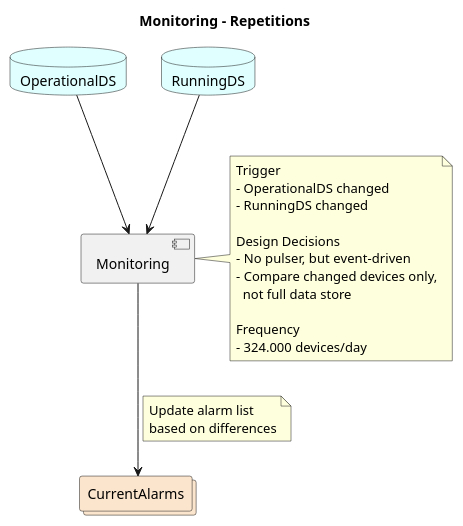
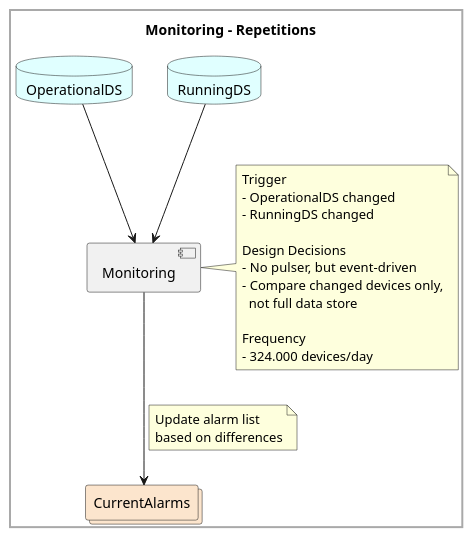
One commit to kmohr-soprasteria/FirmWareManager changed the diagram in spec/additionalDocumentation/InformationStructure/diagrams/02_monitoringRepetitions.plantuml. Above: the diagram before and after it, drawn with PlantUML. The commit also changed 5 other files, not shown here.

Commit message:
improve diagram layout

```diff
--- a/spec/additionalDocumentation/InformationStructure/diagrams/02_monitoringRepetitions.plantuml
+++ b/spec/additionalDocumentation/InformationStructure/diagrams/02_monitoringRepetitions.plantuml
@@ -1,34 +1,38 @@
 @startuml 02_monitoringRepetitions
+
+skinparam BackgroundColor White
+skinparam DiagramBorderColor DarkGray
+skinparam DiagramBorderThickness 2
 
 title Monitoring - Repetitions
 
 database OperationalDS #E0FFFF
 database RunningDS #E0FFFF
 component Monitoring
 collections "CurrentAlarms" as AlarmList #FCE5CD
 
 OperationalDS --> Monitoring
 RunningDS --> Monitoring
 
 Monitoring --> AlarmList
 
 note left on link
     Update alarm list
     based on differences
 end note
 
 note right of Monitoring
     Trigger
     - OperationalDS changed
     - RunningDS changed
 
     Design Decisions
     - No pulser, but event-driven
     - Compare changed devices only,
       not full data store
 
     Frequency
     - 324.000 devices/day
 end note
 
 @enduml
```
